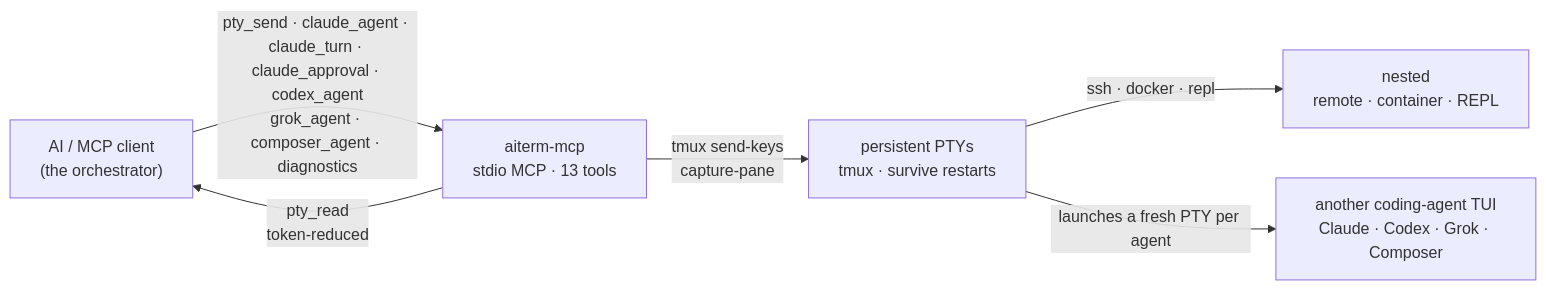
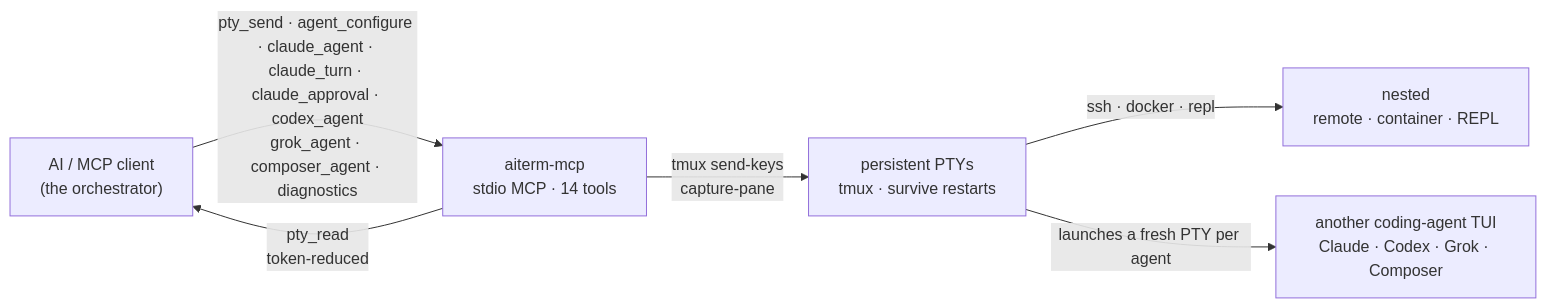
One commit to kitepon-rgb/aiterm-mcp changed the diagram in README.ja.md. Above: the diagram before and after it, drawn with Mermaid. The commit also changed other lines of this file and 9 other files, not shown here.

````diff
--- a/README.ja.md
+++ b/README.ja.md
@@ -283,8 +283,8 @@
 ```mermaid
 flowchart LR
-    AI["AI / MCP client<br/>(the orchestrator)"] -->|"pty_send · claude_agent · claude_turn · claude_approval · codex_agent<br/>grok_agent · composer_agent · diagnostics"| S["aiterm-mcp<br/>stdio MCP · 13 tools"]
+    AI["AI / MCP client<br/>(the orchestrator)"] -->|"pty_send · agent_configure · claude_agent · claude_turn · claude_approval · codex_agent<br/>grok_agent · composer_agent · diagnostics"| S["aiterm-mcp<br/>stdio MCP · 14 tools"]
     S -->|"pty_read<br/>token-reduced"| AI
     S -->|"tmux send-keys<br/>capture-pane"| P["persistent PTYs<br/>tmux · survive restarts"]
     P -->|"ssh · docker · repl"| R["nested<br/>remote · container · REPL"]
     P -->|"launches a fresh PTY per agent"| A["another coding-agent TUI<br/>Claude · Codex · Grok · Composer"]
 ```
````
